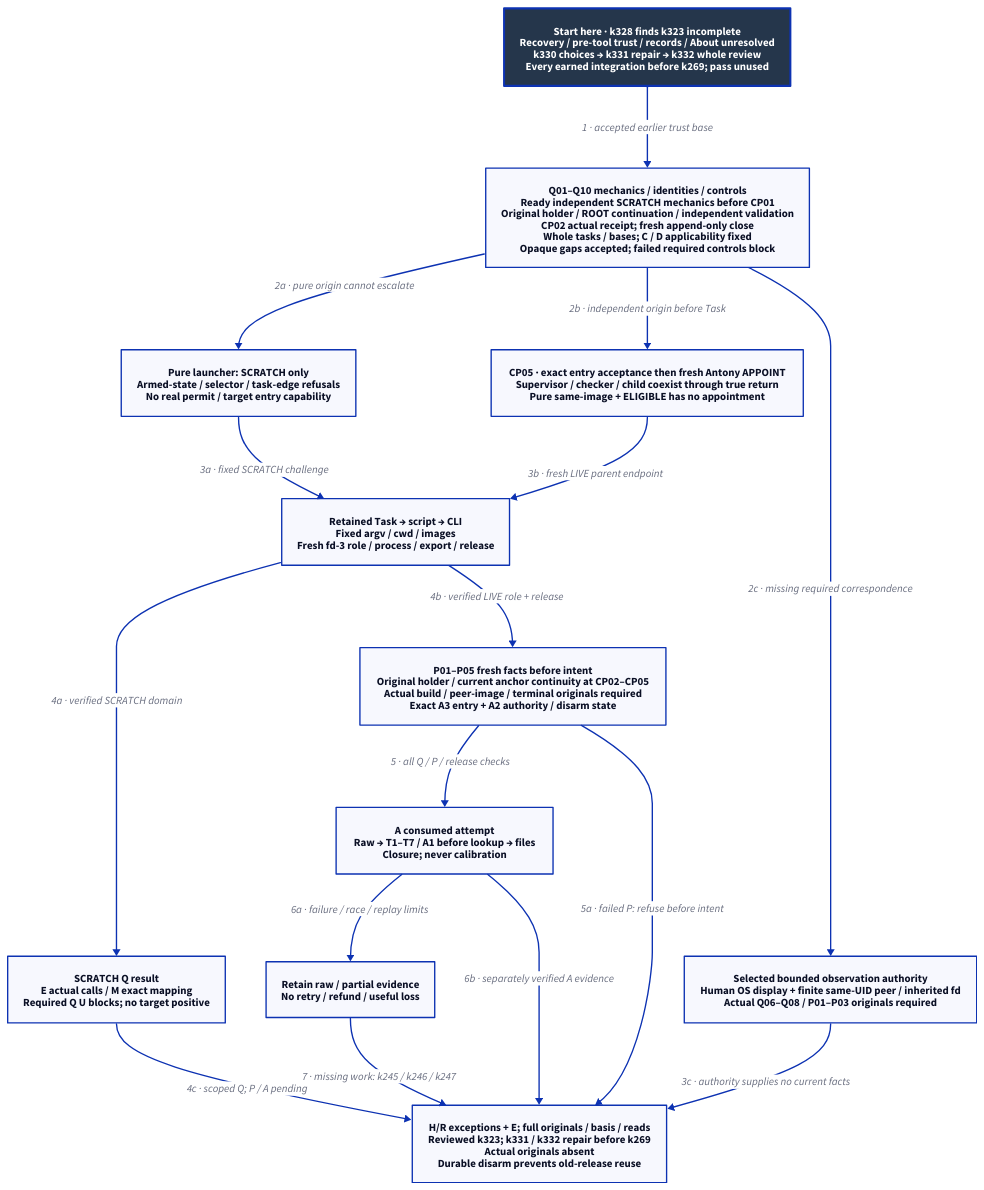
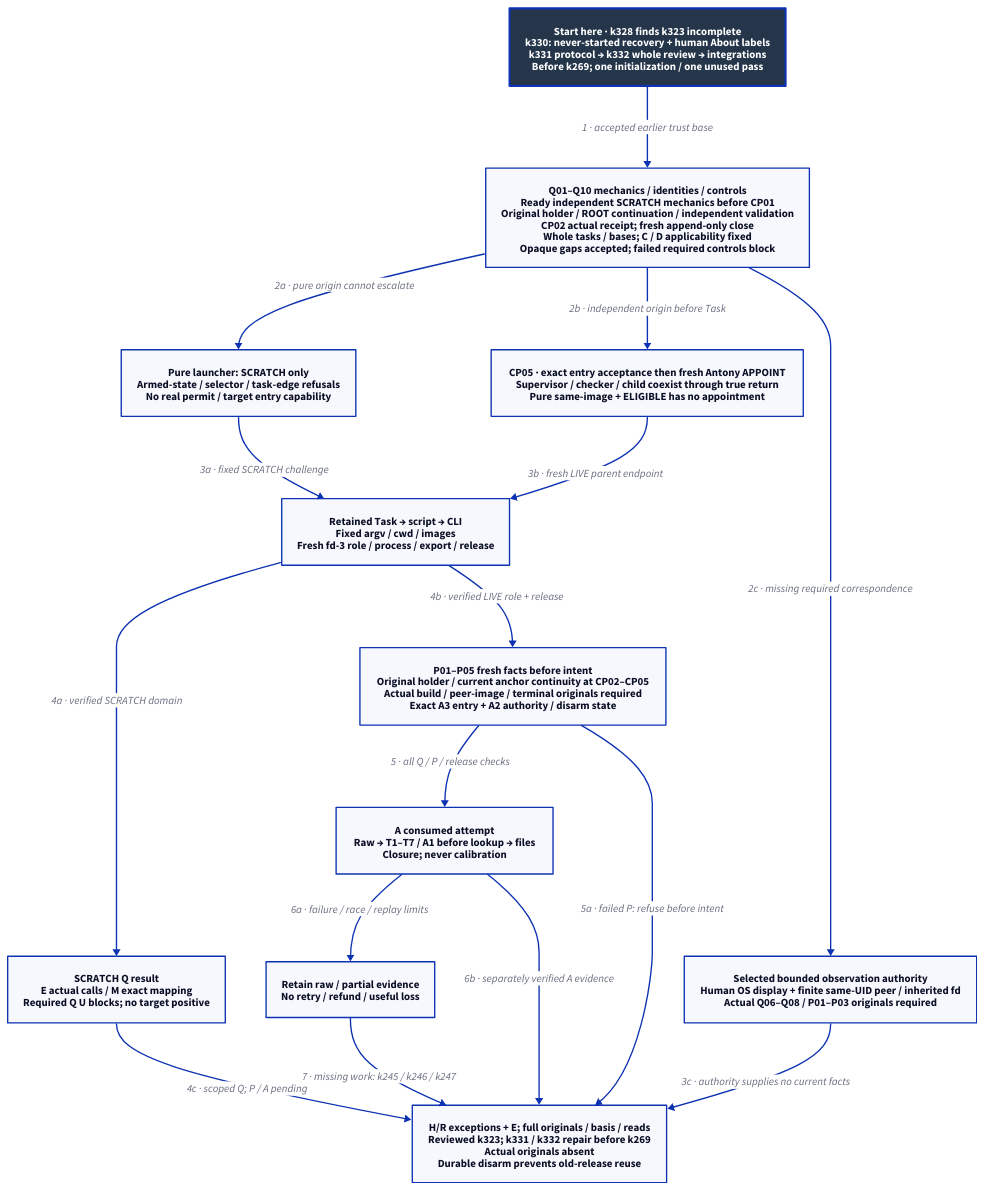
Before and after one commit to Linkuistics/Koine: the diagram in docs/design/architecture/native-reference-packaging.d2, drawn with D2. The commit also changed 34 other files, not shown here.

Commit message:
Record never-started recovery and About provenance requirements (reference-evidence-recovery-and-provenance-k330)

```diff
--- a/docs/design/architecture/native-reference-packaging.d2
+++ b/docs/design/architecture/native-reference-packaging.d2
@@ -1,31 +1,31 @@
 # Reviewed k323 proposal; k330/k331/k332 replacement and integrations precede k269.
 direction: down
 classes: {
   start: {style: {fill: "#25364B"; font-color: "#FFFFFF"; bold: true; stroke-width: 3}}
 }
-Start: "Start here · k328 finds k323 incomplete\nRecovery / pre-tool trust / records / About unresolved\nk330 choices → k331 repair → k332 whole review\nEvery earned integration before k269; pass unused" {class: start}
+Start: "Start here · k328 finds k323 incomplete\nk330: never-started recovery + human About labels\nk331 protocol → k332 whole review → integrations\nBefore k269; one initialization / one unused pass" {class: start}
 Ready: "Q01–Q10 mechanics / identities / controls\nReady independent SCRATCH mechanics before CP01\nOriginal holder / ROOT continuation / independent validation\nCP02 actual receipt; fresh append-only close\nWhole tasks / bases; C / D applicability fixed\nOpaque gaps accepted; failed required controls block"
 Task: "Retained Task → script → CLI\nFixed argv / cwd / images\nFresh fd-3 role / process / export / release"
 Scratch: "Pure launcher: SCRATCH only\nArmed-state / selector / task-edge refusals\nNo real permit / target entry capability"
 Live: "CP05 · exact entry acceptance then fresh Antony APPOINT\nSupervisor / checker / child coexist through true return\nPure same-image + ELIGIBLE has no appointment"
 Proof: "SCRATCH Q result\nE actual calls / M exact mapping\nRequired Q U blocks; no target positive"
 Preflight: "P01–P05 fresh facts before intent\nOriginal holder / current anchor continuity at CP02–CP05\nActual build / peer-image / terminal originals required\nExact A3 entry + A2 authority / disarm state"
 Attempt: "A consumed attempt\nRaw → T1–T7 / A1 before lookup → files\nClosure; never calibration"
 Failure: "Retain raw / partial evidence\nNo retry / refund / useful loss"
 Route: "Selected bounded observation authority\nHuman OS display + finite same-UID peer / inherited fd\nActual Q06–Q08 / P01–P03 originals required"
 Final: "H/R exceptions + E; full originals / basis / reads\nReviewed k323; k331 / k332 repair before k269\nActual originals absent\nDurable disarm prevents old-release reuse"
 Start -> Ready: "1 · accepted earlier trust base"
 Ready -> Scratch: "2a · pure origin cannot escalate"
 Ready -> Live: "2b · independent origin before Task"
 Scratch -> Task: "3a · fixed SCRATCH challenge"
 Live -> Task: "3b · fresh LIVE parent endpoint"
 Task -> Proof: "4a · verified SCRATCH domain"
 Proof -> Final: "4c · scoped Q; P / A pending"
 Task -> Preflight: "4b · verified LIVE role + release"
 Preflight -> Attempt: "5 · all Q / P / release checks"
 Preflight -> Final: "5a · failed P: refuse before intent"
 Ready -> Route: "2c · missing required correspondence"
 Route -> Final: "3c · authority supplies no current facts"
 Attempt -> Failure: "6a · failure / race / replay limits"
 Attempt -> Final: "6b · separately verified A evidence"
 Failure -> Final: "7 · missing work: k245 / k246 / k247"
```
